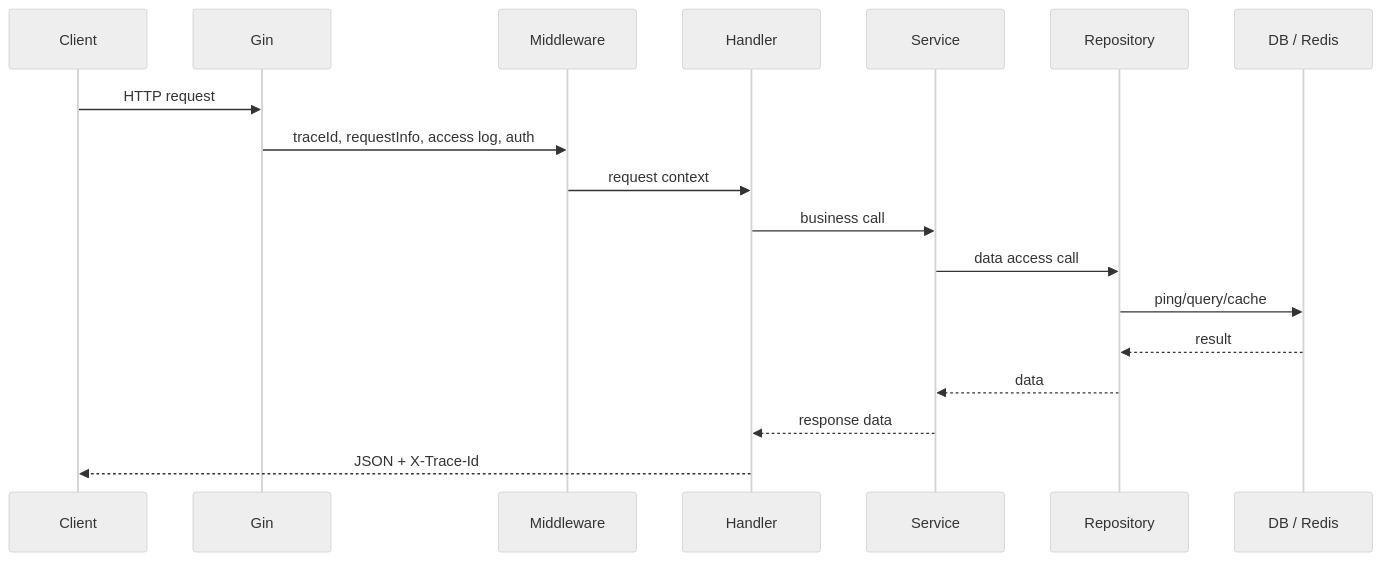
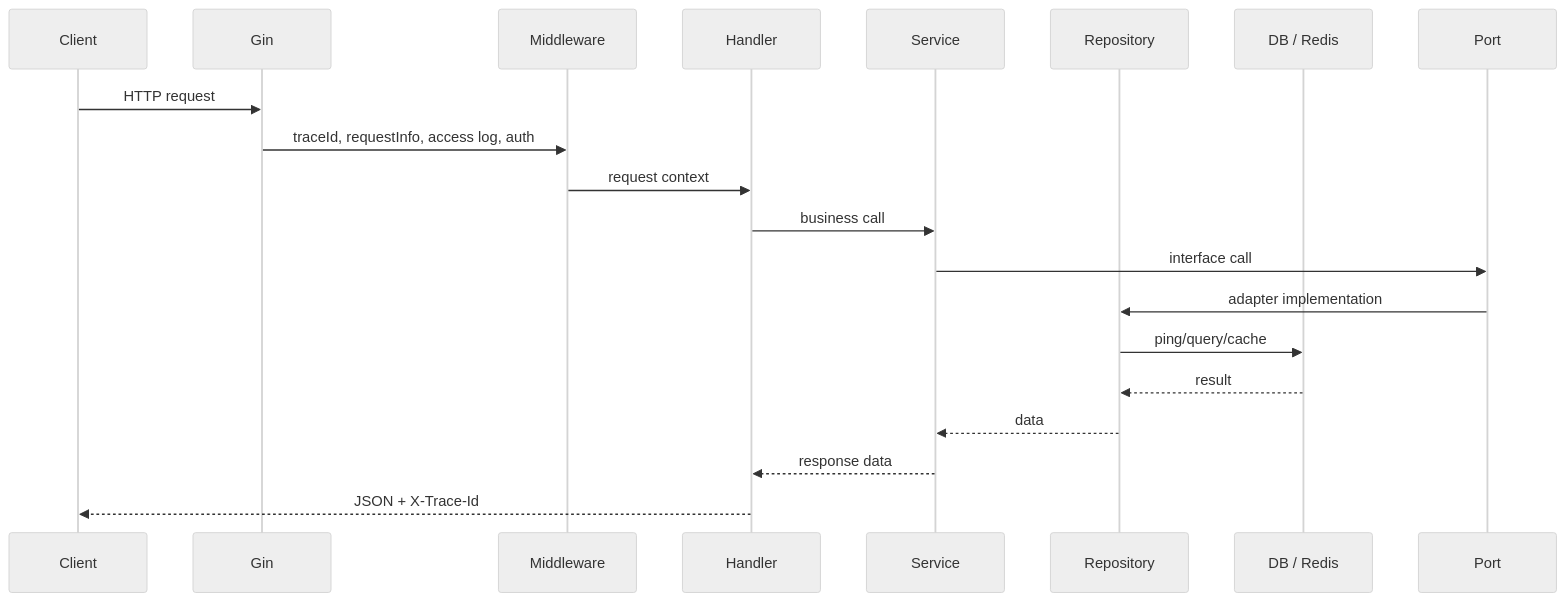
Before and after one commit to dfce/golang: the second of 3 diagrams in demo/generateGo/README.md, drawn with Mermaid (neutral theme). The commit also changed other lines of this file and 27 other files, not shown here.

````diff
--- a/demo/generateGo/README.md
+++ b/demo/generateGo/README.md
@@ -73,21 +84,22 @@
 ```mermaid
 sequenceDiagram
   participant Client
   participant Gin
   participant Middleware
   participant Handler
   participant Service
   participant Repository
   participant DBRedis as DB / Redis
 
   Client->>Gin: HTTP request
   Gin->>Middleware: traceId, requestInfo, access log, auth
   Middleware->>Handler: request context
   Handler->>Service: business call
-  Service->>Repository: data access call
+  Service->>Port: interface call
+  Port->>Repository: adapter implementation
   Repository->>DBRedis: ping/query/cache
   DBRedis-->>Repository: result
   Repository-->>Service: data
   Service-->>Handler: response data
   Handler-->>Client: JSON + X-Trace-Id
 ```
````
